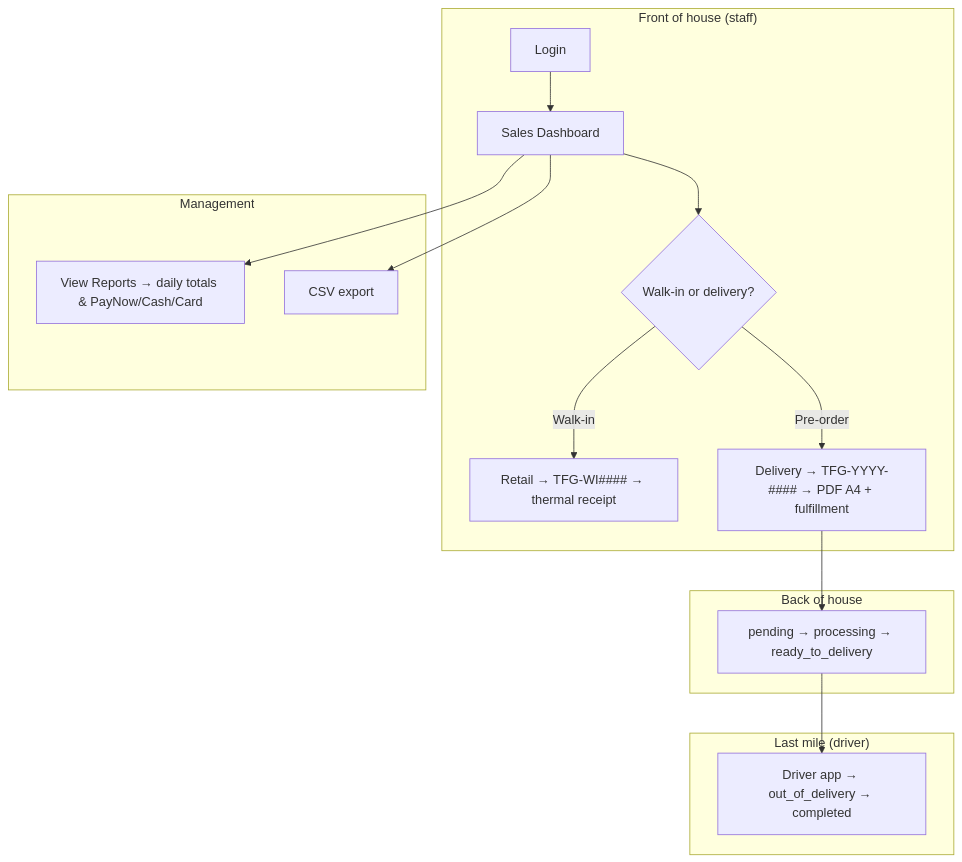
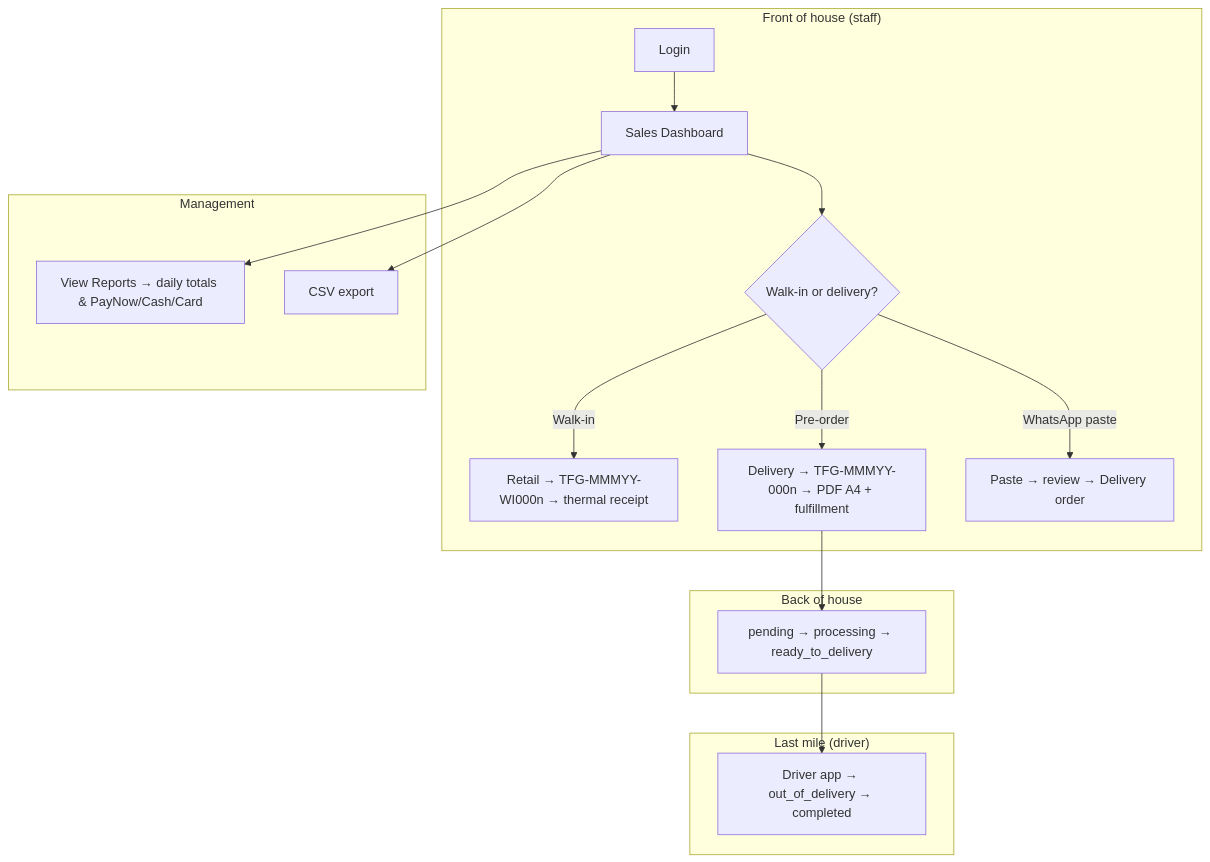
One commit to kahliantoo-rgb/tfg_vday changed diagram 11 of 11 in docs/WORKFLOW.md. Above: the diagram before and after it, drawn with Mermaid. The commit also changed other lines of this file and 137 other files, not shown here.

First line of the commit message:
Add customers, WhatsApp import, staging flavors, and order UX for peak ops.

````diff
--- a/docs/WORKFLOW.md
+++ b/docs/WORKFLOW.md
@@ -403,22 +484,23 @@
 ```mermaid
 flowchart TB
     subgraph Front["Front of house (staff)"]
         S1[Login] --> S2[Sales Dashboard]
         S2 --> S3{Walk-in or delivery?}
-        S3 -->|Walk-in| S4[Retail → TFG-WI#### → thermal receipt]
-        S3 -->|Pre-order| S5[Delivery → TFG-YYYY-#### → PDF A4 + fulfillment]
+        S3 -->|Walk-in| S4[Retail → TFG-MMMYY-WI000n → thermal receipt]
+        S3 -->|Pre-order| S5[Delivery → TFG-MMMYY-000n → PDF A4 + fulfillment]
+        S3 -->|WhatsApp paste| S6[Paste → review → Delivery order]
     end
 
     subgraph Back["Back of house"]
         S5 --> B1[pending → processing → ready_to_delivery]
     end
 
     subgraph LastMile["Last mile (driver)"]
         B1 --> D1[Driver app → out_of_delivery → completed]
     end
 
     subgraph Insight["Management"]
         S2 --> R1[View Reports → daily totals & PayNow/Cash/Card]
         S2 --> R2[CSV export]
     end
 ```
````
